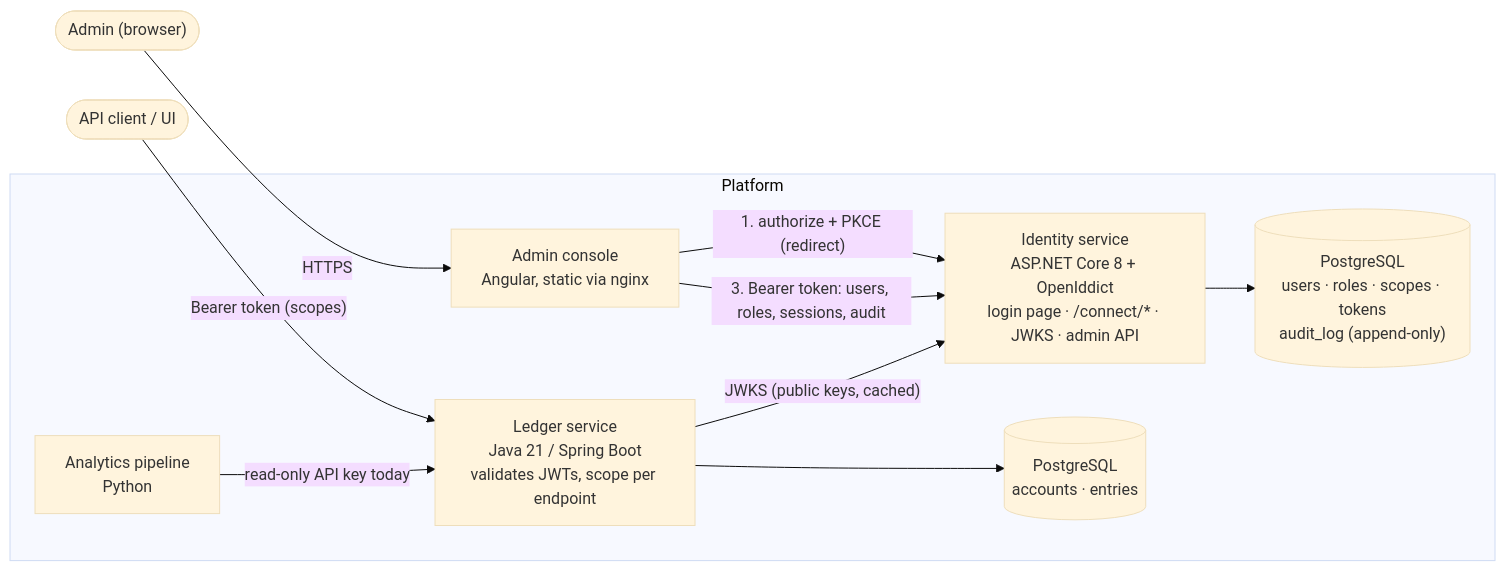
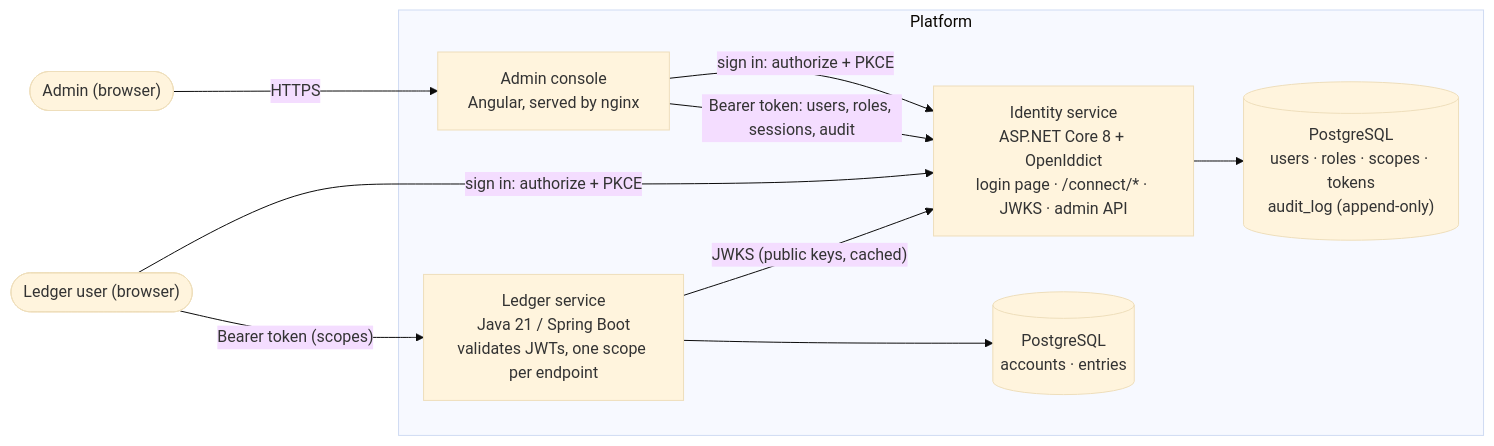
Before and after one commit to debsamanta5571-dot/identity-service: the first of 2 diagrams in README.md, drawn with Mermaid (base theme). The commit also changed other lines of this file, not shown here.

First line of the commit message:
README: fix the diagram GitHub could not render; plainer, more readable writing

````diff
--- a/README.md
+++ b/README.md
@@ -24,21 +29,21 @@
 ```mermaid
 flowchart LR
     Admin(["Admin (browser)"])
+    User(["Ledger user (browser)"])
     subgraph Platform
-        Console["Admin console<br/>Angular, static via nginx"]
+        Console["Admin console<br/>Angular, served by nginx"]
         Identity["Identity service<br/>ASP.NET Core 8 + OpenIddict<br/>login page · /connect/* · JWKS · admin API"]
-        Ledger["Ledger service<br/>Java 21 / Spring Boot<br/>validates JWTs, scope per endpoint"]
-        Analytics["Analytics pipeline<br/>Python"]
+        Ledger["Ledger service<br/>Java 21 / Spring Boot<br/>validates JWTs, one scope per endpoint"]
         IdDb[("PostgreSQL<br/>users · roles · scopes · tokens<br/>audit_log (append-only)")]
         LedgerDb[("PostgreSQL<br/>accounts · entries")]
     end
 
-    Admin -->|"HTTPS"| Console
-    Console -->|"1. authorize + PKCE (redirect)"| Identity
-    Console -->|"3. Bearer token: users, roles, sessions, audit"| Identity
+    Admin -->|HTTPS| Console
+    Console -->|"sign in: authorize + PKCE"| Identity
+    Console -->|"Bearer token: users, roles, sessions, audit"| Identity
+    User -->|"sign in: authorize + PKCE"| Identity
+    User -->|"Bearer token (scopes)"| Ledger
     Identity --> IdDb
     Ledger -->|"JWKS (public keys, cached)"| Identity
-    Client(["API client / UI"]) -->|"Bearer token (scopes)"| Ledger
-    Analytics -->|"read-only API key today"| Ledger
     Ledger --> LedgerDb
 ```
````
